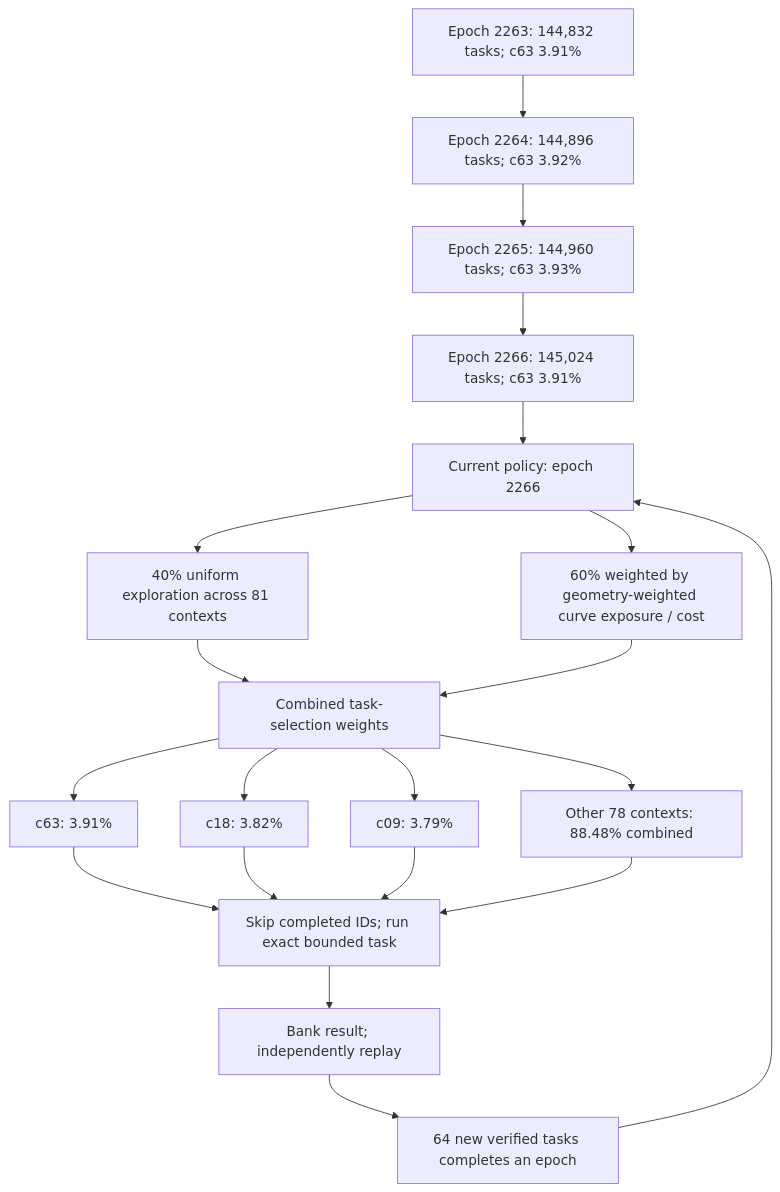
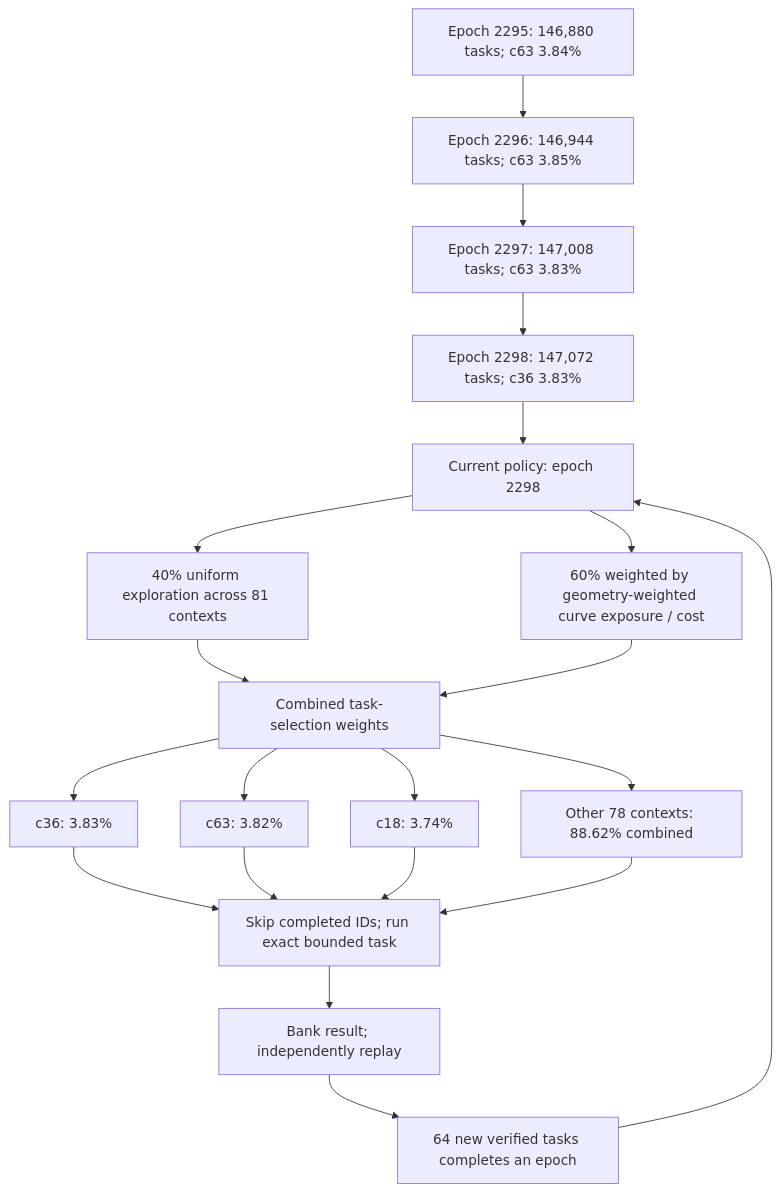
One commit to Kuberwastaken/math-gambling changed the first of 3 diagrams in README.md. Above: the diagram before and after it, drawn with Mermaid. The commit also changed other lines of this file and 4060 other files, not shown here.

````diff
--- a/README.md
+++ b/README.md
@@ -56,27 +56,27 @@
 ```mermaid
 flowchart TD
-    H0["Epoch 2263: 144,832 tasks; c63 3.91%"]
-    H1["Epoch 2264: 144,896 tasks; c63 3.92%"]
+    H0["Epoch 2295: 146,880 tasks; c63 3.84%"]
+    H1["Epoch 2296: 146,944 tasks; c63 3.85%"]
     H0 --> H1
-    H2["Epoch 2265: 144,960 tasks; c63 3.93%"]
+    H2["Epoch 2297: 147,008 tasks; c63 3.83%"]
     H1 --> H2
-    H3["Epoch 2266: 145,024 tasks; c63 3.91%"]
+    H3["Epoch 2298: 147,072 tasks; c36 3.83%"]
     H2 --> H3
-    Policy["Current policy: epoch 2266"]
+    Policy["Current policy: epoch 2298"]
     H3 --> Policy
     Policy --> Explore["40% uniform exploration across 81 contexts"]
     Policy --> Cost["60% weighted by geometry-weighted curve exposure / cost"]
     Explore --> Mix["Combined task-selection weights"]
     Cost --> Mix
-    Mix --> C0["c63: 3.91%"]
-    Mix --> C1["c18: 3.82%"]
-    Mix --> C2["c09: 3.79%"]
-    Mix --> Rest["Other 78 contexts: 88.48% combined"]
+    Mix --> C0["c36: 3.83%"]
+    Mix --> C1["c63: 3.82%"]
+    Mix --> C2["c18: 3.74%"]
+    Mix --> Rest["Other 78 contexts: 88.62% combined"]
     C0 --> Check["Skip completed IDs; run exact bounded task"]
     C1 --> Check
     C2 --> Check
     Rest --> Check
     Check --> Replay["Bank result; independently replay"]
     Replay --> Gate["64 new verified tasks completes an epoch"]
     Gate --> Policy
 ```
````
